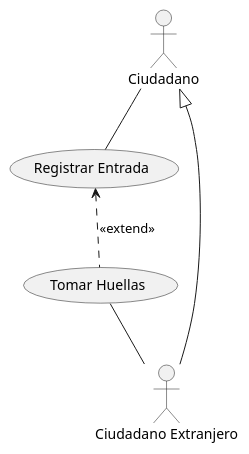
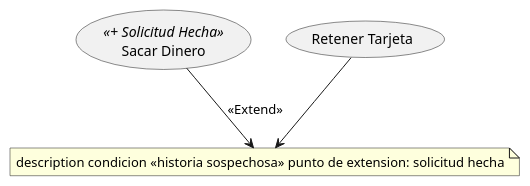
Before and after one commit to erentitan4512/Carlos-Arroyo-Galan-Casos-de-Uso-UML: the diagram in src/test.puml, drawn with PlantUML.

Commit message:
Eleven Commit

```diff
--- a/src/test.puml
+++ b/src/test.puml
@@ -1,6 +1,8 @@
 @startuml
-:Ciudadano: -- (Registrar Entrada)
-(Registrar Entrada) <.. (Tomar Huellas) : <<extend>>
-:Ciudadano Extranjero: --|> :Ciudadano:
-(Tomar Huellas) -- :Ciudadano Extranjero:
+(Sacar Dinero) <<+ Solicitud Hecha>>
+note "description condicion <<historia sospechosa>> punto de extension: solicitud hecha" as N2
+(Retener Tarjeta)
+(Sacar Dinero) --> N2 : <<Extend>>
+(Retener Tarjeta) --> N2
+
 @enduml
```
